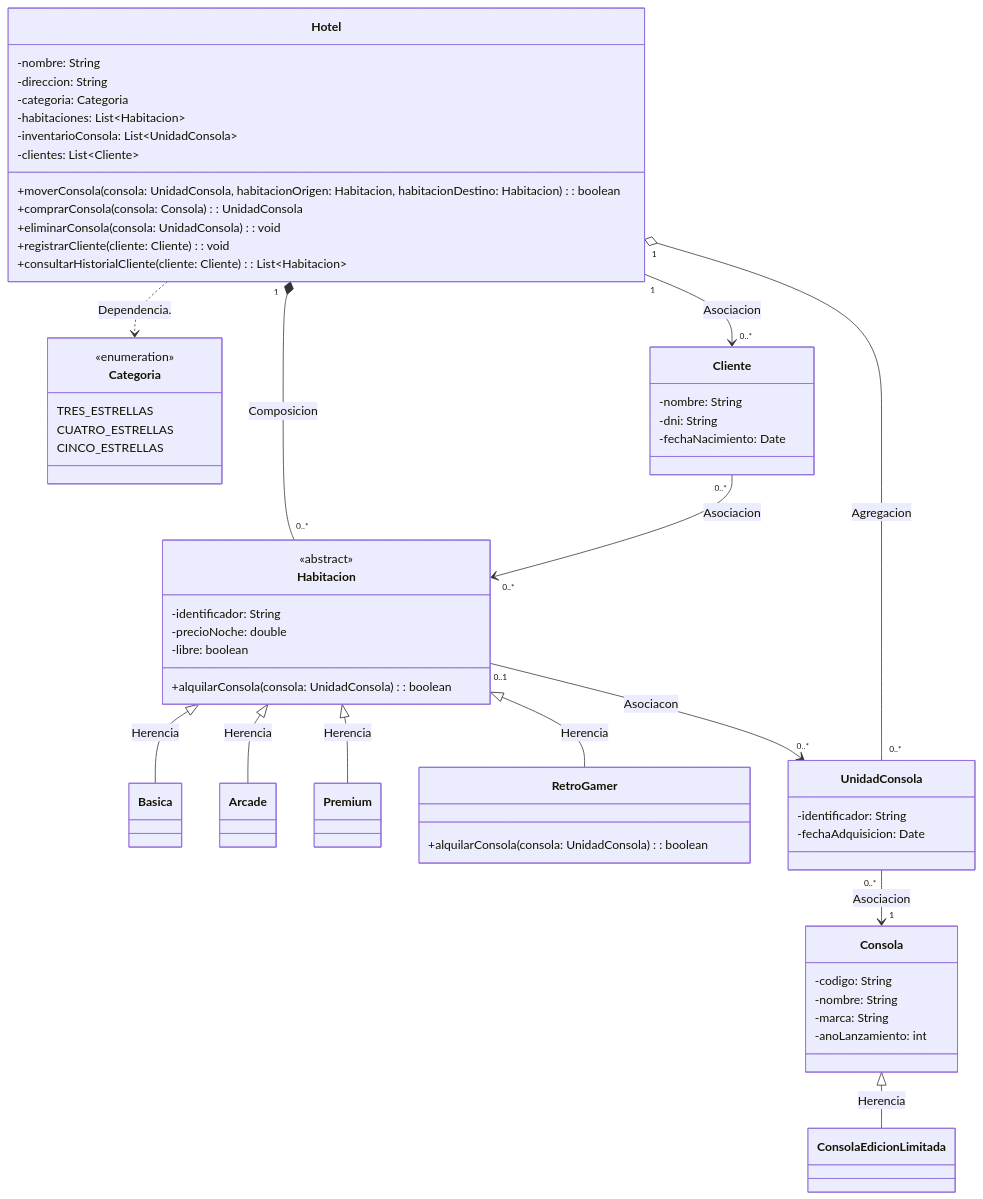
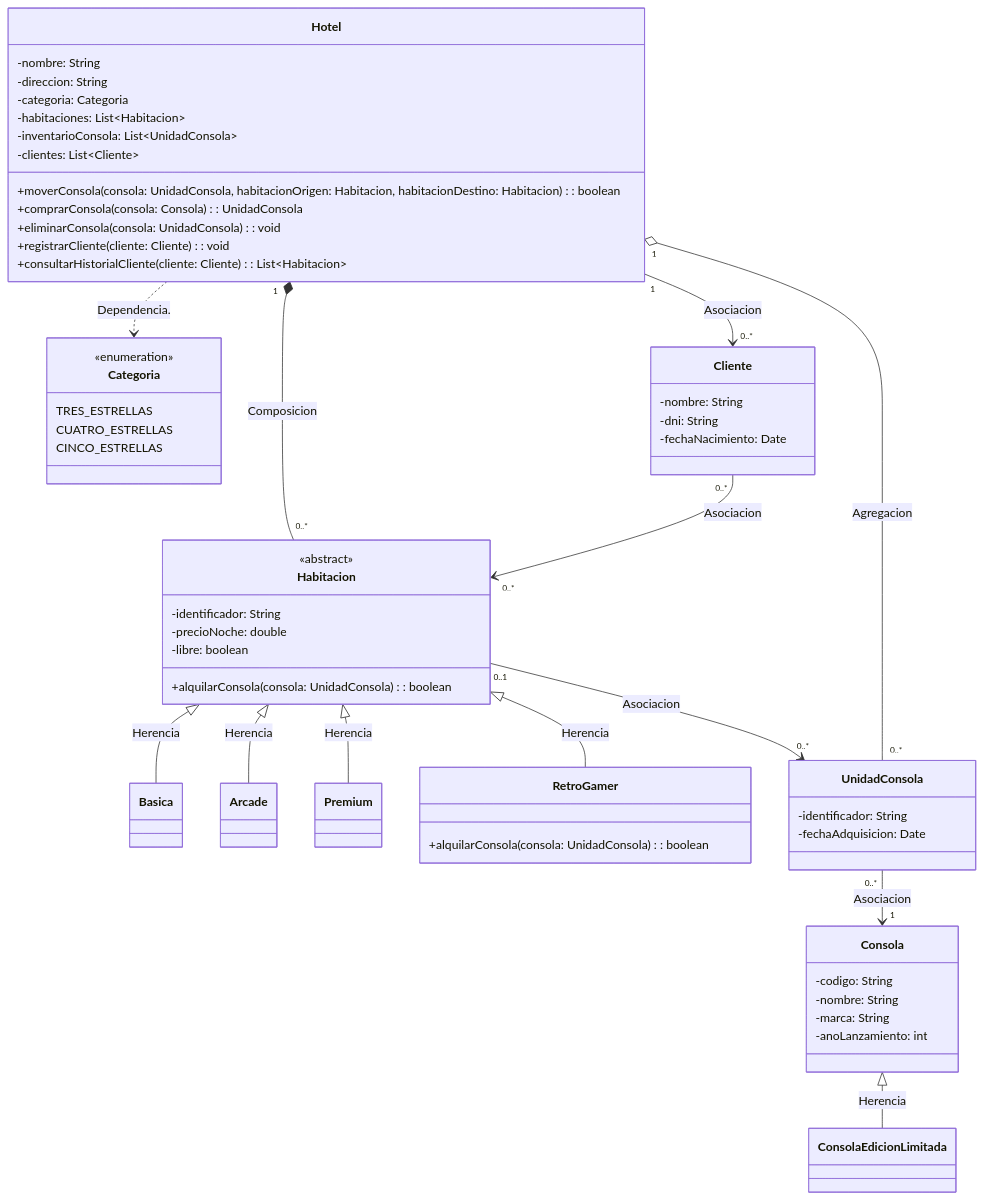
The diagram in 0305.mmd (abraitz/CD_tema3_Ejercicios), drawn with Mermaid before and after one commit.

Commit message:
modifica espacios de ejercicio 5

```diff
--- a/0305.mmd
+++ b/0305.mmd
@@ -1,90 +1,101 @@
 classDiagram
      class Hotel {
         -nombre: String
         -direccion: String
         -categoria: Categoria 
         -habitaciones: List~Habitacion~
         -inventarioConsola: List~UnidadConsola~  
         -clientes: List~Cliente~ 
         +moverConsola(consola: UnidadConsola, habitacionOrigen: Habitacion, habitacionDestino: Habitacion): boolean
         +comprarConsola(consola: Consola): UnidadConsola
         +eliminarConsola( consola: UnidadConsola): void
         +registrarCliente(cliente: Cliente): void
         +consultarHistorialCliente(cliente: Cliente): List~Habitacion~
         }
 
      class Categoria {
         <<enumeration>>
         TRES_ESTRELLAS
         CUATRO_ESTRELLAS
         CINCO_ESTRELLAS
     }
     
      class Habitacion {
         <<abstract>>
         -identificador: String
         -precioNoche: double
         -libre: boolean
                
         +alquilarConsola (consola: UnidadConsola): boolean           
      }
 
      class Basica {
      }
 
      class Arcade {
      }
 
      class Premium {
      }
 
      class RetroGamer {
       %% Solo permite alquilar Consola Edicion Limitada
         +alquilarConsola (consola: UnidadConsola): boolean        
      }
      
      class Consola {
         -codigo: String
         -nombre: String
         -marca: String
         -anoLanzamiento: int        
      }    
 
      class UnidadConsola {
         -identificador: String
         -fechaAdquisicion: Date
      }
                 
      class ConsolaEdicionLimitada {        
      }
 
      class Cliente {
         -nombre: String
         -dni: String
         -fechaNacimiento: Date
      }
         
         Consola <|-- ConsolaEdicionLimitada : Herencia
         %% Es una herencia porque edicion limitada es un tipo de consola.
+        
         UnidadConsola "0..*" --> "1" Consola : Asociacion
         %% Asociacion porque cada unidad pertenece a un modelo de consola.
-        Cliente "0..*" --> "0..*" Habitacion : Asociacion
+
+        Cliente "0..*" --> "0..*" Habitacion : Asociacion        
         %% Asociacion porque uente puede alojaerse en varias habitaciones y una habitacion puede alojar a varios clientes.
+
         Hotel "1" *-- "0..*" Habitacion : Composicion
         %% Composicion porque las habitaciones son parte del hotel, por ellas mismas no existen.
+
         Hotel "1" o-- "0..*" UnidadConsola : Agregacion
         %% Agregación porque las consolas sin el hotel se pueden utilizar.
+
         Hotel "1" --> "0..*" Cliente : Asociacion
         %% Asociacion porque los clientes son independientes del hotel.
-        Habitacion "0..1" --> "0..*" UnidadConsola : Asociacon
+
+        Habitacion "0..1" --> "0..*" UnidadConsola : Asociacion
         %% Asociancion porque las consolas las pueden utilizar en diferentes habitaciones.
+
         Habitacion <|-- RetroGamer : Herencia
         %% Es herencia porque es un tipo de habitacion
+
         Habitacion <|-- Basica : Herencia
-         %% Es herencia porque es un tipo de habitacion         
+         %% Es herencia porque es un tipo de habitacion   
+
         Habitacion <|-- Arcade : Herencia
-        %% Es herencia porque es un tipo de habitacion        
+        %% Es herencia porque es un tipo de habitacion   
+
         Habitacion <|-- Premium : Herencia
-        %% Es herencia porque es un tipo de habitacion      
+        %% Es herencia porque es un tipo de habitacion   
+
         Hotel ..> Categoria : Dependencia.
         %% Dependencia porque Hotel la utilica como dato.
```
